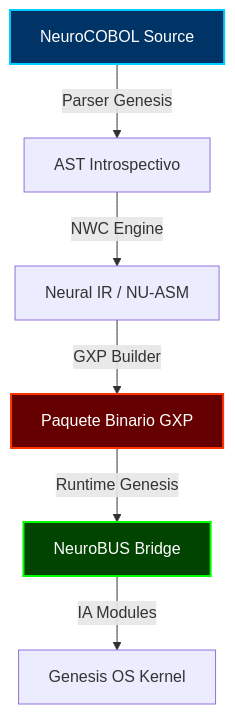
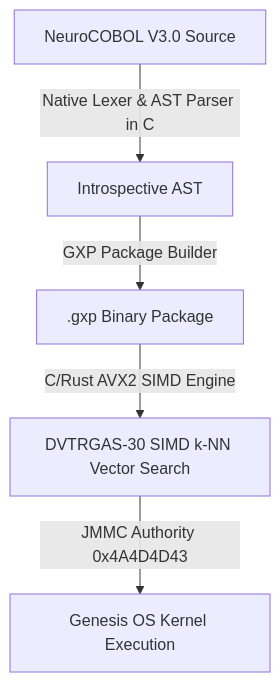
Before and after one commit to cyberenigma-lgtm/NeuroCOBOL-V3.0: the diagram in README.md, drawn with Mermaid. The commit also changed other lines of this file and 8 other files, not shown here.

Commit message:
Release: NeuroCOBOL V3.0 - Cognitive Orchestration Language, Compiler & Sovereign Runtime

````diff
--- a/README.md
+++ b/README.md
@@ -35,12 +23,7 @@
 ```mermaid
 graph TD
-    NC[NeuroCOBOL Source] -->|Parser Genesis| AST[AST Introspectivo]
-    AST -->|NWC Engine| IR[Neural IR / NU-ASM]
-    IR -->|GXP Builder| GXP[Paquete Binario GXP]
-    GXP -->|Runtime Genesis| BUS[NeuroBUS Bridge]
-    BUS -->|IA Modules| OS[Genesis OS Kernel]
-    
-    style NC fill:#003366,stroke:#00ccff,stroke-width:2px,color:#fff
-    style GXP fill:#660000,stroke:#ff3300,stroke-width:2px,color:#fff
-    style BUS fill:#004400,stroke:#00ff00,stroke-width:2px,color:#fff
+    NC[NeuroCOBOL V3.0 Source] -->|Native Lexer & AST Parser in C| AST[Introspective AST]
+    AST -->|GXP Package Builder| GXP[.gxp Binary Package]
+    GXP -->|C/Rust AVX2 SIMD Engine| SIMD[DVTRGAS-30 SIMD k-NN Vector Search]
+    SIMD -->|JMMC Authority 0x4A4D4D43| Ring0[Genesis OS Kernel Execution]
 ```
````
